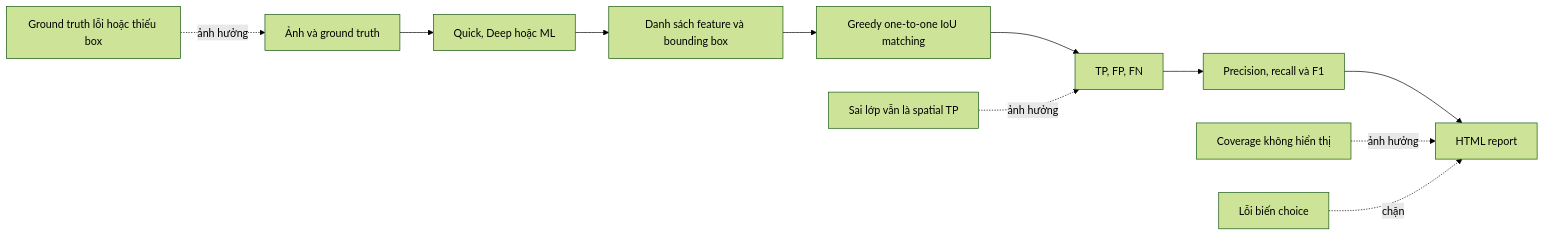
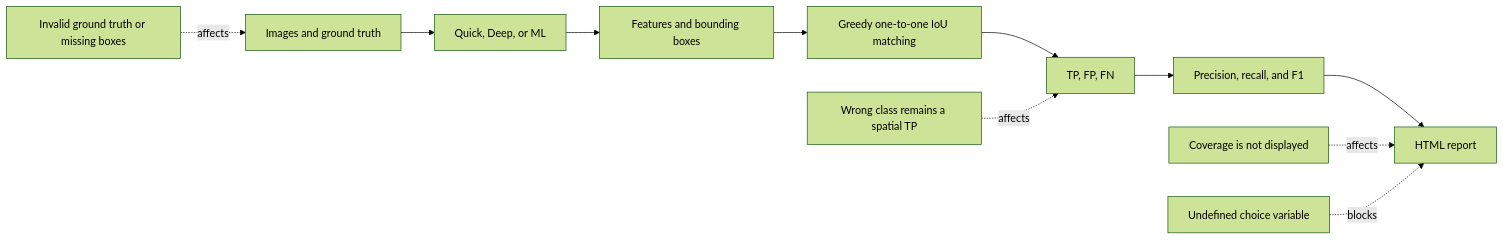
The diagram in docs/benchmark_evaluation_issues.md (NghiaNT20/Fluorescence-based-Microplastic-analyzer), drawn with Mermaid (forest theme) before and after one commit. The commit also changed other lines of this file and 2 other files, not shown here.

````diff
--- a/docs/benchmark_evaluation_issues.md
+++ b/docs/benchmark_evaluation_issues.md
@@ -48,13 +47,13 @@
 ```mermaid
 flowchart LR
-    A["Ảnh và ground truth"] --> B["Quick, Deep hoặc ML"]
-    B --> C["Danh sách feature và bounding box"]
+    A["Images and ground truth"] --> B["Quick, Deep, or ML"]
+    B --> C["Features and bounding boxes"]
     C --> D["Greedy one-to-one IoU matching"]
     D --> E["TP, FP, FN"]
-    E --> F["Precision, recall và F1"]
+    E --> F["Precision, recall, and F1"]
     F --> G["HTML report"]
-    H["Ground truth lỗi hoặc thiếu box"] -. ảnh hưởng .-> A
-    I["Sai lớp vẫn là spatial TP"] -. ảnh hưởng .-> E
-    J["Coverage không hiển thị"] -. ảnh hưởng .-> G
-    K["Lỗi biến choice"] -. chặn .-> G
+    H["Invalid ground truth or missing boxes"] -. affects .-> A
+    I["Wrong class remains a spatial TP"] -. affects .-> E
+    J["Coverage is not displayed"] -. affects .-> G
+    K["Undefined choice variable"] -. blocks .-> G
 ```
````
